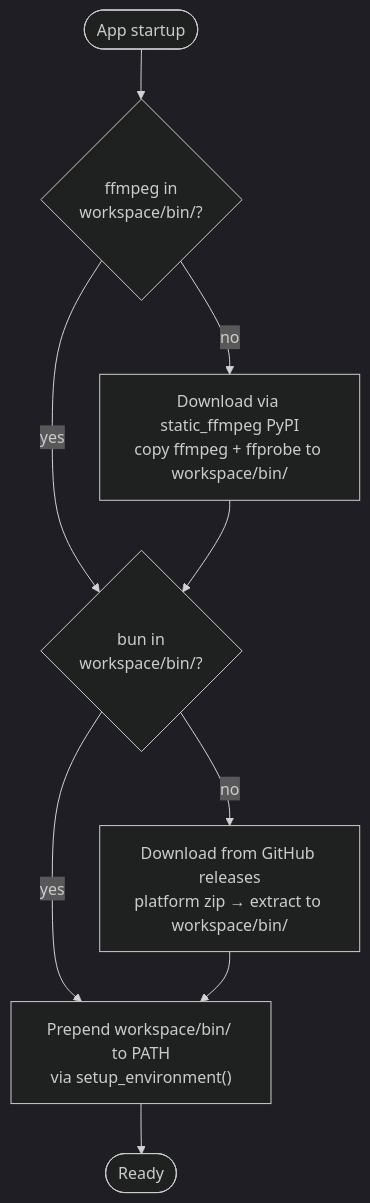
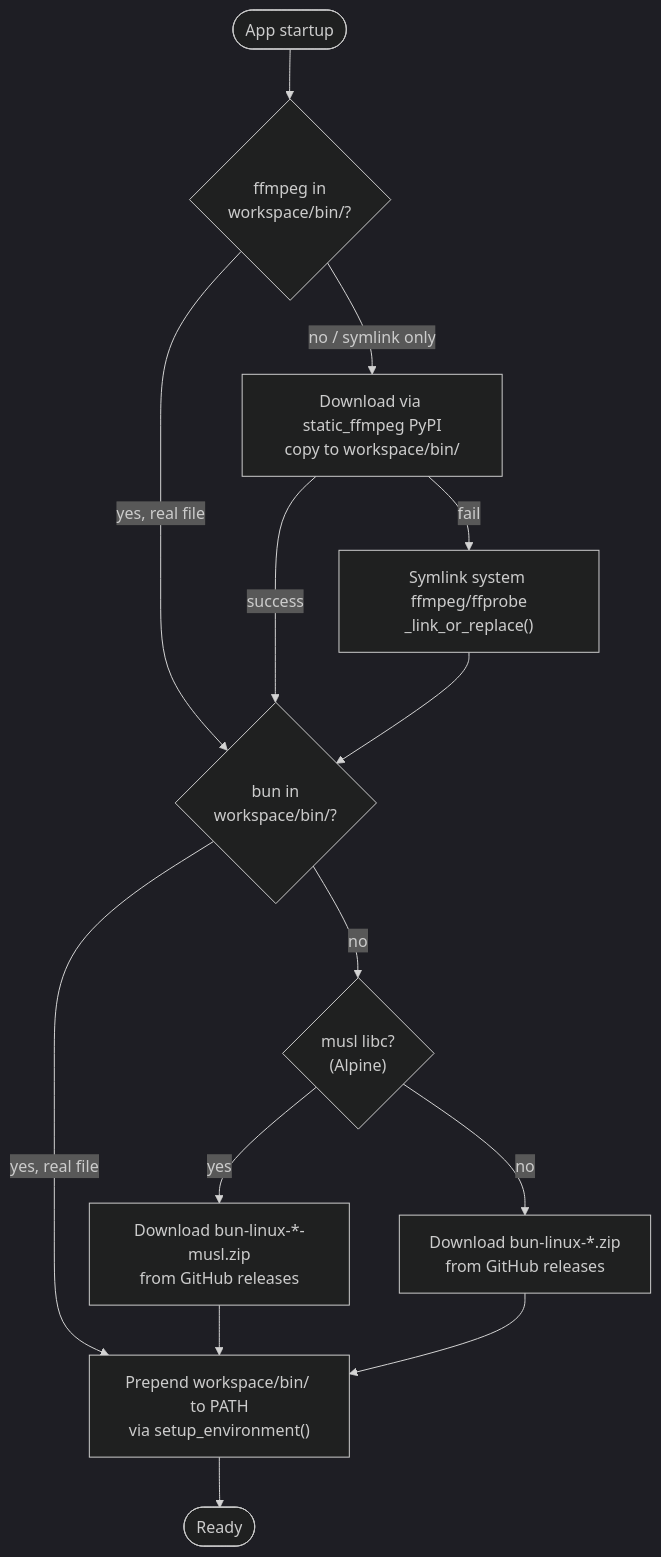
Before and after one commit to dimaskiddo/yt-dl: the fifth of 7 diagrams in docs/WORKFLOWS.md, drawn with Mermaid (dark theme). The commit also changed other lines of this file and 6 other files, not shown here.

````diff
--- a/docs/WORKFLOWS.md
+++ b/docs/WORKFLOWS.md
@@ -156,15 +157,20 @@
 ```mermaid
 flowchart TD
     Start([App startup]) --> CheckFFmpeg{"ffmpeg in<br/>workspace/bin/?"}
-    CheckFFmpeg -- "yes" --> CheckBun
-    CheckFFmpeg -- "no" --> DLFFmpeg["Download via static_ffmpeg PyPI<br/>copy ffmpeg + ffprobe to workspace/bin/"]
-    DLFFmpeg --> CheckBun
+    CheckFFmpeg -- "yes, real file" --> CheckBun
+    CheckFFmpeg -- "no / symlink only" --> DLFFmpeg["Download via static_ffmpeg PyPI<br/>copy to workspace/bin/"]
+    DLFFmpeg -- "success" --> CheckBun
+    DLFFmpeg -- "fail" --> LinkSys["Symlink system ffmpeg/ffprobe<br/>_link_or_replace()"]
+    LinkSys --> CheckBun
 
     CheckBun{"bun in<br/>workspace/bin/?"}
-    CheckBun -- "yes" --> PATH
-    CheckBun -- "no" --> DLBun["Download from GitHub releases<br/>platform zip → extract to workspace/bin/"]
+    CheckBun -- "yes, real file" --> PATH
+    CheckBun -- "no" --> DetectMusl{"musl libc?<br/>(Alpine)"}
+    DetectMusl -- "yes" --> DLBunMusl["Download bun-linux-*-musl.zip<br/>from GitHub releases"]
+    DetectMusl -- "no" --> DLBun["Download bun-linux-*.zip<br/>from GitHub releases"]
+    DLBunMusl --> PATH
     DLBun --> PATH
 
     PATH["Prepend workspace/bin/ to PATH<br/>via setup_environment()"]
     PATH --> Ready([Ready])
 ```
````
